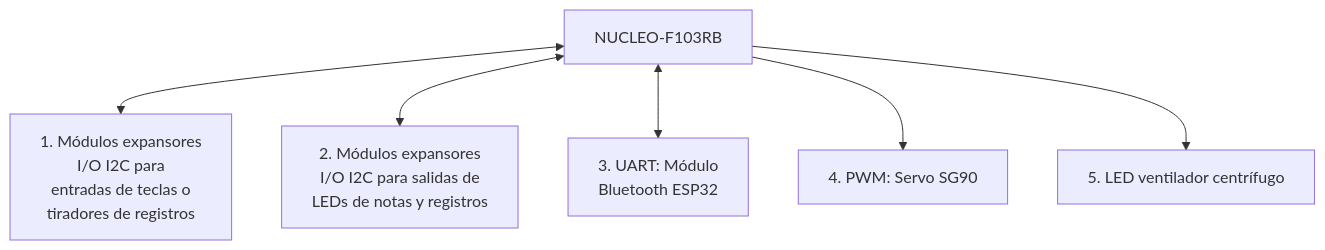
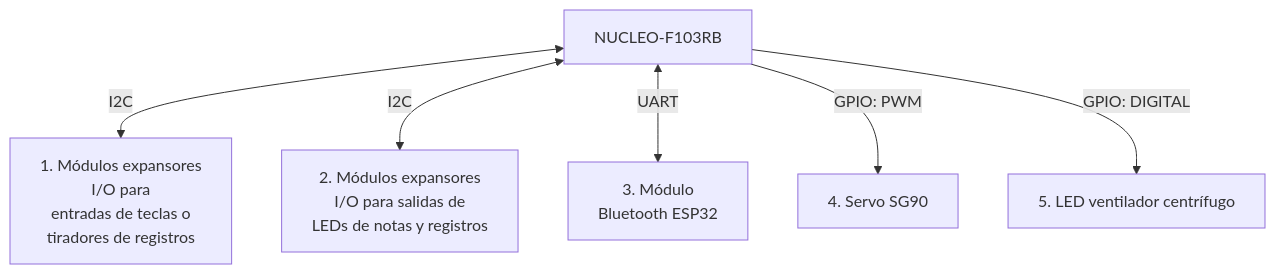
Before and after one commit to mpdcfiuba/tdse-tf_3-4: the diagram in Readme.md, drawn with Mermaid. The commit also changed other lines of this file, not shown here.

````diff
--- a/Readme.md
+++ b/Readme.md
@@ -81,10 +89,10 @@
 ```mermaid
 flowchart TD
     A[NUCLEO-F103RB]
 
-    A <--> B[1. Módulos expansores <br/> I/O I2C para <br/> entradas de teclas o <br/> tiradores de registros]
-    A <--> C[2. Módulos expansores <br/> I/O I2C para salidas de <br/> LEDs de notas y registros]
-    A <--> D[3. UART: Módulo <br/> Bluetooth ESP32]
-    A --> E[4. PWM: Servo SG90]
-    A --> F[5. LED ventilador centrífugo]
+    A <-- I2C --> B[1. Módulos expansores <br/> I/O para <br/> entradas de teclas o <br/> tiradores de registros]
+    A <-- I2C --> C[2. Módulos expansores <br/> I/O para salidas de <br/> LEDs de notas y registros]
+    A <-- UART --> D[3. Módulo <br/> Bluetooth ESP32]
+    A -- GPIO: PWM --> E[4. Servo SG90]
+    A -- GPIO: DIGITAL --> F[5. LED ventilador centrífugo]
 ```
````
